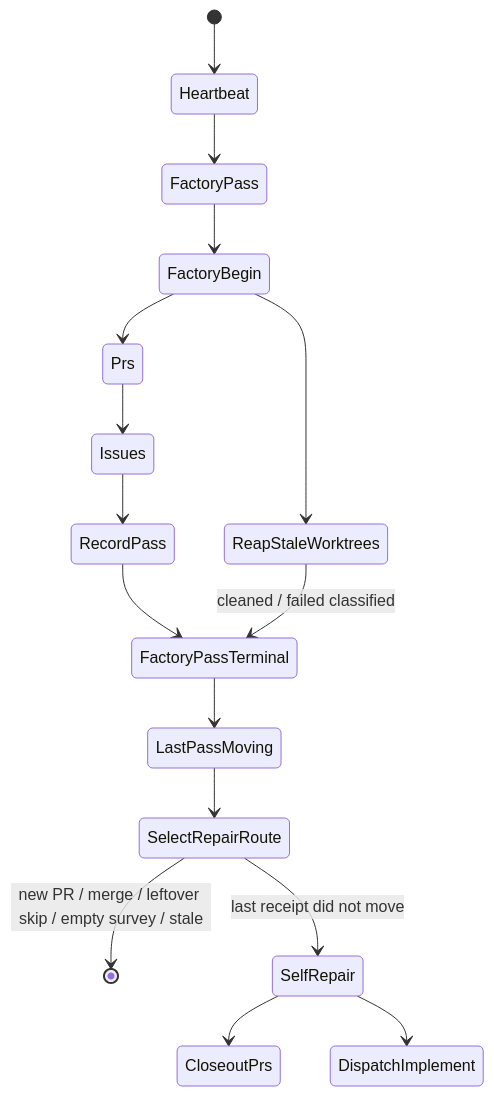
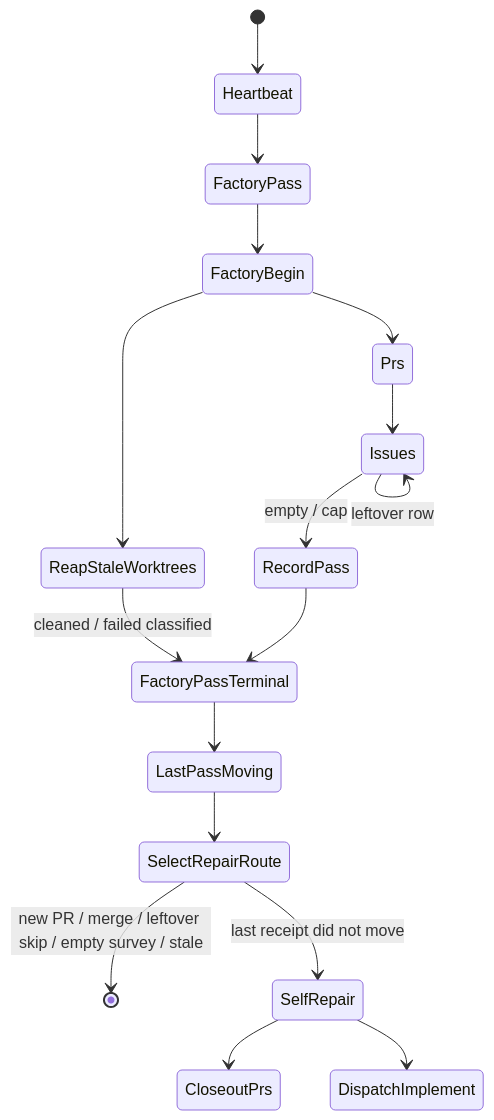
Before and after one commit to mikolaj92/lokay: the first of 46 diagrams in README.md, drawn with Mermaid. The commit also changed other lines of this file and 15 other files, not shown here.

First line of the commit message:
fix: factory_pass catalog loop is a nested issue_row, not eight copies

````diff
--- a/README.md
+++ b/README.md
@@ -78,18 +79,19 @@
 ```mermaid
 stateDiagram-v2
     [*] --> Heartbeat
     Heartbeat --> FactoryPass
     FactoryPass --> FactoryBegin
     FactoryBegin --> Prs
     FactoryBegin --> ReapStaleWorktrees
     Prs --> Issues
-    Issues --> RecordPass
+    Issues --> Issues: leftover row
+    Issues --> RecordPass: empty / cap
     RecordPass --> FactoryPassTerminal
     ReapStaleWorktrees --> FactoryPassTerminal: cleaned / failed classified
     FactoryPassTerminal --> LastPassMoving
     LastPassMoving --> SelectRepairRoute
     SelectRepairRoute --> [*]: new PR / merge / leftover skip / empty survey / stale
     SelectRepairRoute --> SelfRepair: last receipt did not move
     SelfRepair --> CloseoutPrs
     SelfRepair --> DispatchImplement
 ```
````
